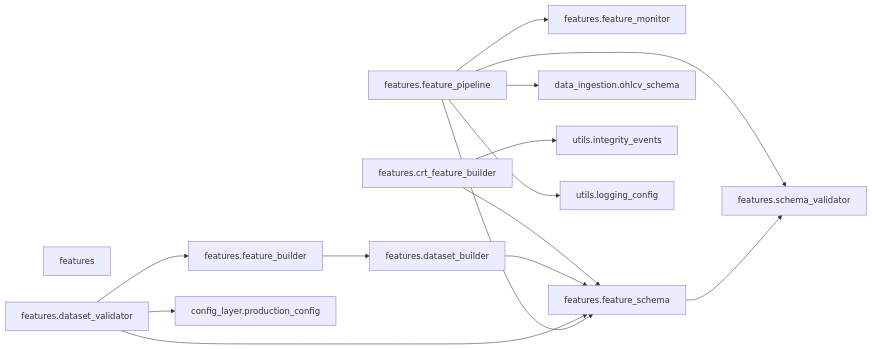
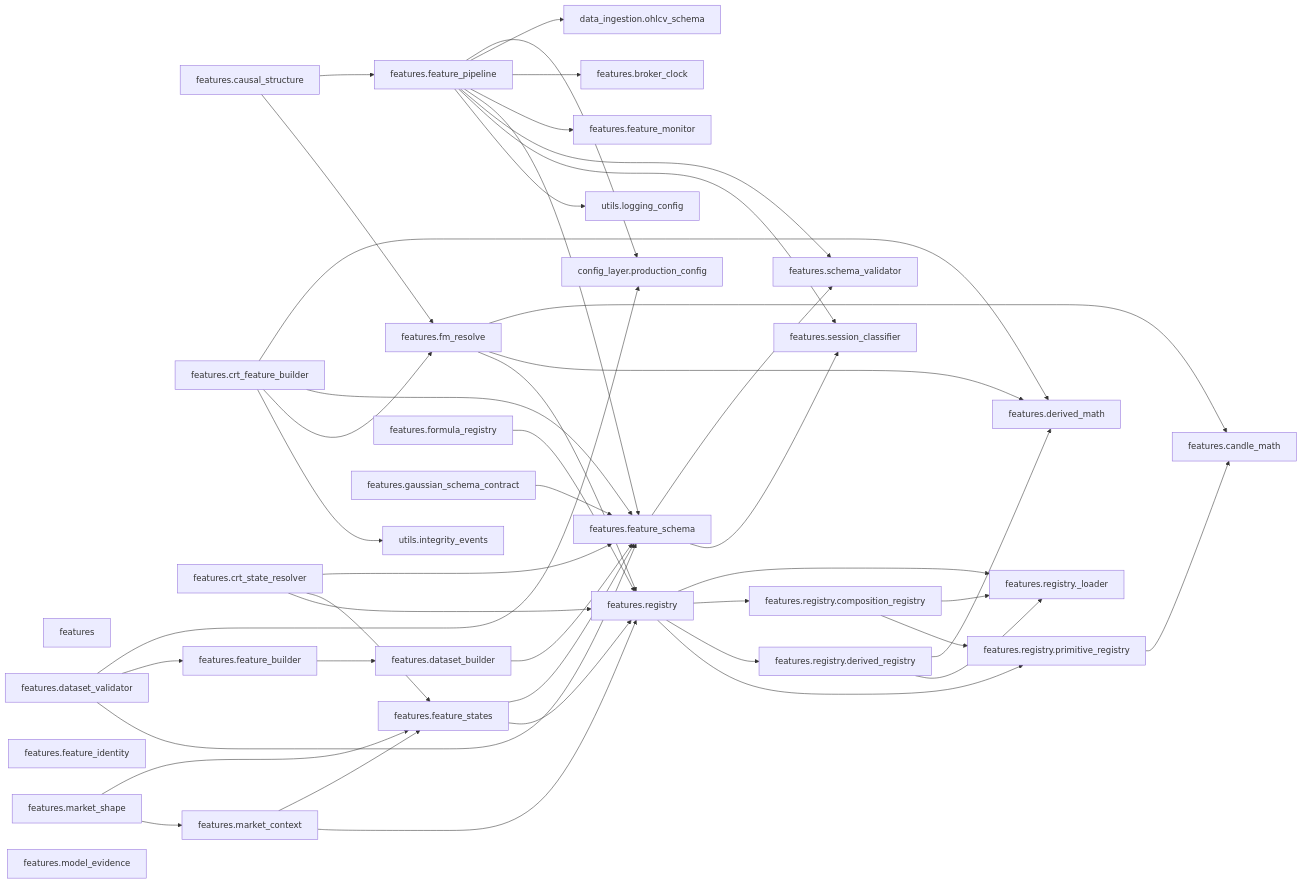
Before and after one commit to Chaithu1995-0312/TradeHlt: diagram 14 of 38 in docs/architecture/code-map.generated.md, drawn with Mermaid. The commit also changed other lines of this file and 159 other files, not shown here.

````diff
--- a/docs/architecture/code-map.generated.md
+++ b/docs/architecture/code-map.generated.md
@@ -655,29 +814,79 @@
 ```mermaid
 flowchart LR
     features["features"]
+    features_broker_clock["features.broker_clock"]
+    features_candle_math["features.candle_math"]
+    features_causal_structure["features.causal_structure"]
     features_crt_feature_builder["features.crt_feature_builder"]
+    features_crt_state_resolver["features.crt_state_resolver"]
     features_dataset_builder["features.dataset_builder"]
     features_dataset_validator["features.dataset_validator"]
+    features_derived_math["features.derived_math"]
     features_feature_builder["features.feature_builder"]
+    features_feature_identity["features.feature_identity"]
     features_feature_monitor["features.feature_monitor"]
     features_feature_pipeline["features.feature_pipeline"]
     features_feature_schema["features.feature_schema"]
+    features_feature_states["features.feature_states"]
+    features_fm_resolve["features.fm_resolve"]
+    features_formula_registry["features.formula_registry"]
+    features_gaussian_schema_contract["features.gaussian_schema_contract"]
+    features_market_context["features.market_context"]
+    features_market_shape["features.market_shape"]
+    features_model_evidence["features.model_evidence"]
+    features_registry["features.registry"]
+    features_registry__loader["features.registry._loader"]
+    features_registry_composition_registry["features.registry.composition_registry"]
+    features_registry_derived_registry["features.registry.derived_registry"]
+    features_registry_primitive_registry["features.registry.primitive_registry"]
     features_schema_validator["features.schema_validator"]
+    features_session_classifier["features.session_classifier"]
     config_layer_production_config["config_layer.production_config"]
     data_ingestion_ohlcv_schema["data_ingestion.ohlcv_schema"]
     utils_integrity_events["utils.integrity_events"]
     utils_logging_config["utils.logging_config"]
+    features_causal_structure --> features_feature_pipeline
+    features_causal_structure --> features_fm_resolve
+    features_crt_feature_builder --> features_derived_math
     features_crt_feature_builder --> features_feature_schema
+    features_crt_feature_builder --> features_fm_resolve
     features_crt_feature_builder --> utils_integrity_events
+    features_crt_state_resolver --> features_feature_schema
+    features_crt_state_resolver --> features_feature_states
+    features_crt_state_resolver --> features_registry
     features_dataset_builder --> features_feature_schema
     features_dataset_validator --> config_layer_production_config
     features_dataset_validator --> features_feature_builder
     features_dataset_validator --> features_feature_schema
     features_feature_builder --> features_dataset_builder
+    features_feature_pipeline --> config_layer_production_config
     features_feature_pipeline --> data_ingestion_ohlcv_schema
+    features_feature_pipeline --> features_broker_clock
     features_feature_pipeline --> features_feature_monitor
     features_feature_pipeline --> features_feature_schema
     features_feature_pipeline --> features_schema_validator
+    features_feature_pipeline --> features_session_classifier
     features_feature_pipeline --> utils_logging_config
     features_feature_schema --> features_schema_validator
+    features_feature_schema --> features_session_classifier
+    features_feature_states --> features_feature_schema
+    features_feature_states --> features_registry
+    features_fm_resolve --> features_candle_math
+    features_fm_resolve --> features_derived_math
+    features_fm_resolve --> features_registry
+    features_formula_registry --> features_registry
+    features_gaussian_schema_contract --> features_feature_schema
+    features_market_context --> features_feature_states
+    features_market_context --> features_registry
+    features_market_shape --> features_feature_states
+    features_market_shape --> features_market_context
+    features_registry --> features_registry__loader
+    features_registry --> features_registry_composition_registry
+    features_registry --> features_registry_derived_registry
+    features_registry --> features_registry_primitive_registry
+    features_registry_composition_registry --> features_registry__loader
+    features_registry_composition_registry --> features_registry_primitive_registry
+    features_registry_derived_registry --> features_derived_math
+    features_registry_derived_registry --> features_registry__loader
+    features_registry_primitive_registry --> features_candle_math
 ```
````
